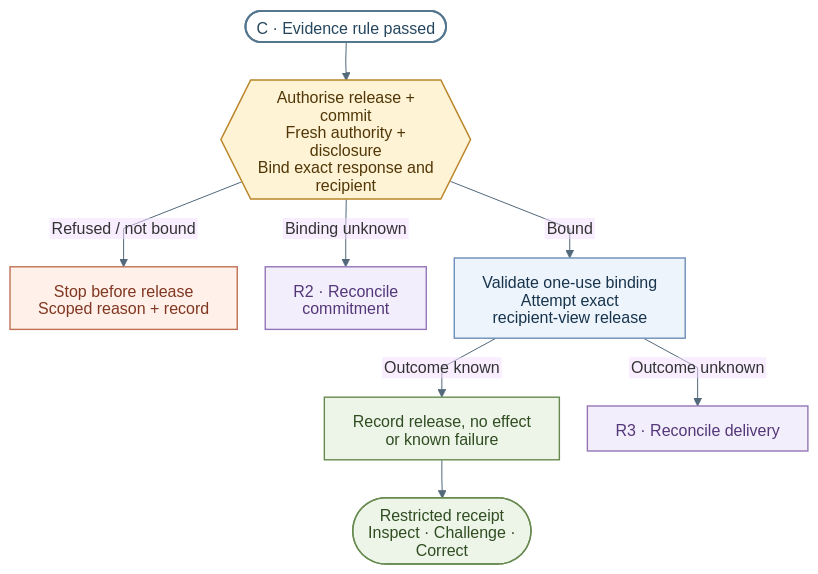
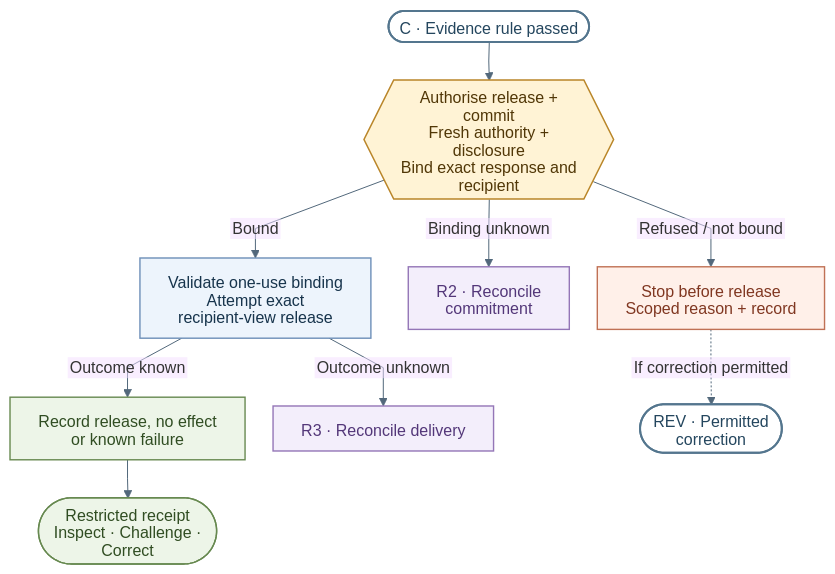
The fifth of 7 diagrams in docs/Assurance/Concepts/evidence-gated-agents.md (robertschaub/our-ai-charter), drawn with Mermaid before and after one commit. The commit also changed other lines of this file and 8 other files, not shown here.

Commit message:
docs(ega): unify diagrams and clarify continuation and correction

````diff
--- a/docs/Assurance/Concepts/evidence-gated-agents.md
+++ b/docs/Assurance/Concepts/evidence-gated-agents.md
@@ -270,19 +278,21 @@
 ```mermaid
 %%{init: {"theme":"base","themeCSS":".edgeLabel .label rect{fill:#fff!important;opacity:1!important}","themeVariables":{"fontFamily":"Arial, sans-serif","fontSize":"16px","lineColor":"#52687b"},"flowchart":{"curve":"linear","nodeSpacing":28,"rankSpacing":38,"padding":14,"wrappingWidth":190},"htmlLabels":false}}%%
 flowchart TD
  C(["C · Evidence rule passed"]):::link --> F{{"Authorise release + commit<br/>Fresh authority + disclosure<br/>Bind exact response and recipient"}}:::gate
  F -->|Refused / not bound| S["Stop before release<br/>Scoped reason + record"]:::stop
  F -->|Binding unknown| U["R2 · Reconcile commitment"]:::uncertain
  F -->|Bound| E["Validate one-use binding<br/>Attempt exact recipient-view release"]:::work
  E -->|Outcome known| O["Record release, no effect<br/>or known failure"]:::result
  E -->|Outcome unknown| V["R3 · Reconcile delivery"]:::uncertain
  O --> R(["Restricted receipt<br/>Inspect · Challenge · Correct"]):::result
 
+ S -.->|If correction permitted| REV(["REV · Permitted correction"]):::link
+
 classDef work fill:#edf4fc,stroke:#6d8fb8,color:#17344c,stroke-width:1.4px
 classDef gate fill:#fff3d5,stroke:#b98528,color:#513707,stroke-width:1.5px
 classDef evidence fill:#e6f5f2,stroke:#39877e,color:#174c46,stroke-width:1.4px
 classDef stop fill:#fff0e9,stroke:#c07155,color:#803721,stroke-width:1.4px
 classDef result fill:#edf5e8,stroke:#678950,color:#304d22,stroke-width:1.4px
 classDef uncertain fill:#f3eefb,stroke:#9476b7,color:#533779,stroke-width:1.4px
 classDef link fill:#fff,stroke:#54768e,color:#24465e,stroke-width:2px
 ```
````
